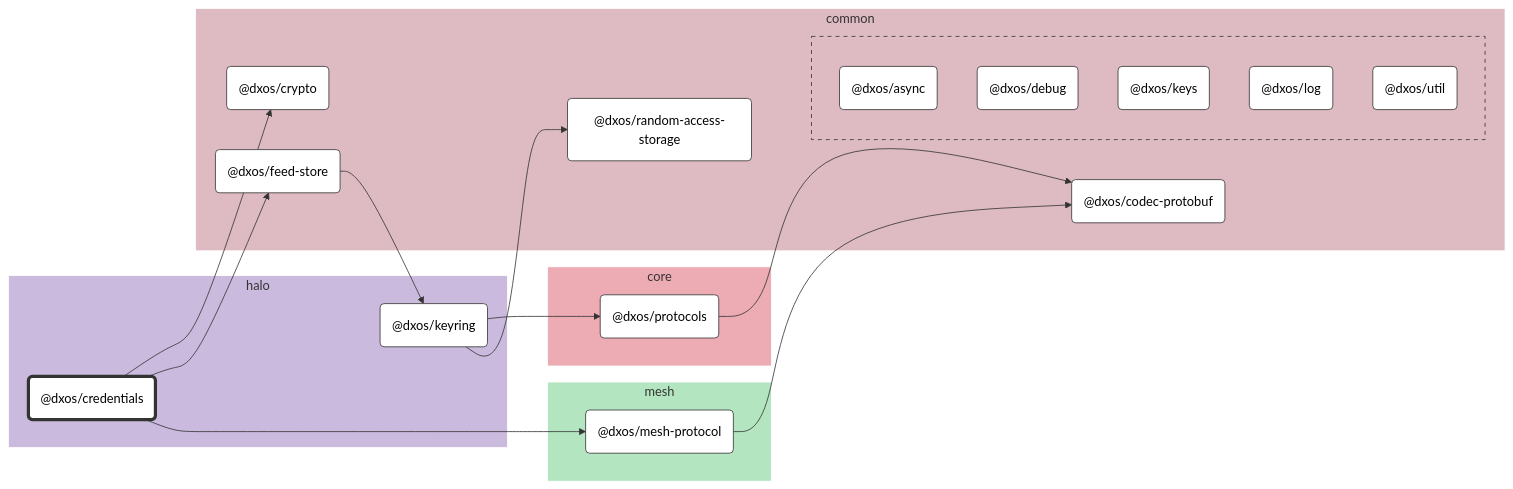
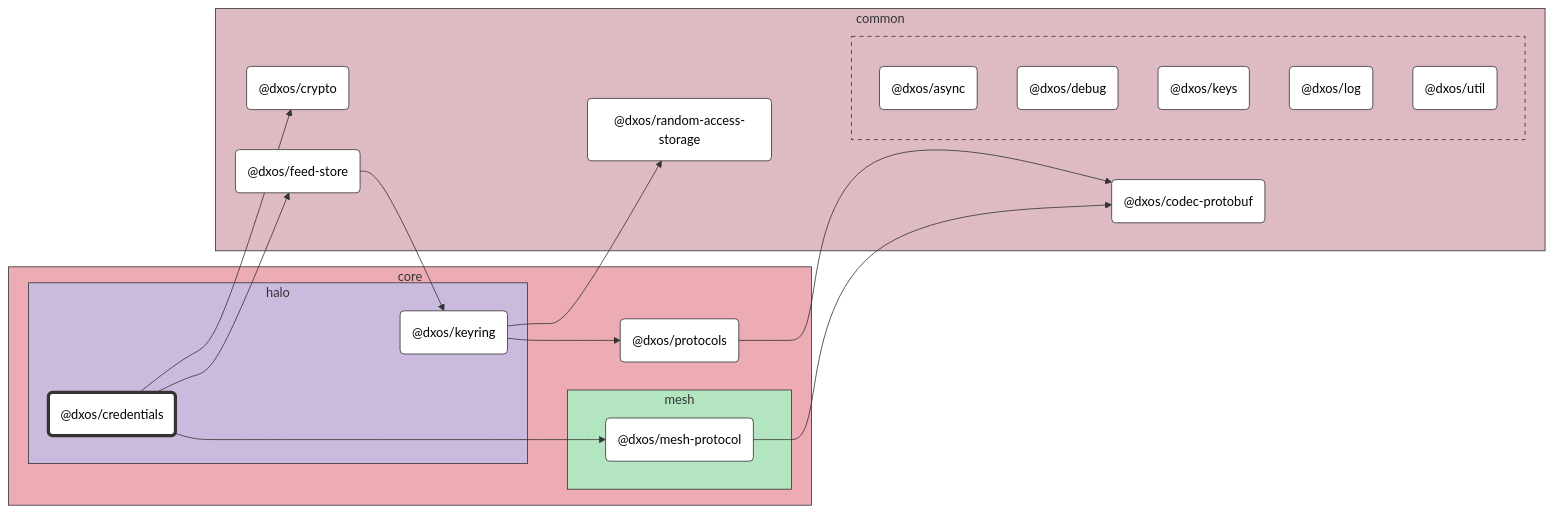
One commit to dxos/dxos changed the diagram in packages/core/halo/credentials/docs/README.md. Above: the diagram before and after it, drawn with Mermaid (neutral theme). The commit also changed 89 other files, not shown here.

````diff
--- a/packages/core/halo/credentials/docs/README.md
+++ b/packages/core/halo/credentials/docs/README.md
@@ -7,68 +7,68 @@
 ```mermaid
 %%{ init: {'flowchart':{'curve':'basis'}} }%%
 
 flowchart LR
 
 %% Classes
 classDef def fill:#fff,stroke:#333,stroke-width:1px
 classDef root fill:#fff,stroke:#333,stroke-width:4px
 
 %% Nodes
 
-subgraph halo [halo]
-  style halo fill:#cabade,stroke:#fff
-  dxos/credentials("@dxos/credentials"):::root
-  click dxos/credentials "dxos/dxos/tree/main/packages/core/halo/credentials/docs"
-  dxos/keyring("@dxos/keyring"):::def
-  click dxos/keyring "dxos/dxos/tree/main/packages/core/halo/keyring/docs"
+subgraph core [core]
+  style core fill:#edabb3,stroke:#333
+  dxos/protocols("@dxos/protocols"):::def
+  click dxos/protocols "dxos/dxos/tree/main/packages/core/protocols/docs"
+
+  subgraph halo [halo]
+    style halo fill:#cabade,stroke:#333
+    dxos/credentials("@dxos/credentials"):::root
+    click dxos/credentials "dxos/dxos/tree/main/packages/core/halo/credentials/docs"
+    dxos/keyring("@dxos/keyring"):::def
+    click dxos/keyring "dxos/dxos/tree/main/packages/core/halo/keyring/docs"
+  end
+
+  subgraph mesh [mesh]
+    style mesh fill:#b3e6c0,stroke:#333
+    dxos/mesh-protocol("@dxos/mesh-protocol"):::def
+    click dxos/mesh-protocol "dxos/dxos/tree/main/packages/core/mesh/mesh-protocol/docs"
+  end
 end
 
 subgraph common [common]
-  style common fill:#debac2,stroke:#fff
+  style common fill:#debac2,stroke:#333
   dxos/codec-protobuf("@dxos/codec-protobuf"):::def
   click dxos/codec-protobuf "dxos/dxos/tree/main/packages/common/codec-protobuf/docs"
   dxos/crypto("@dxos/crypto"):::def
   click dxos/crypto "dxos/dxos/tree/main/packages/common/crypto/docs"
   dxos/feed-store("@dxos/feed-store"):::def
   click dxos/feed-store "dxos/dxos/tree/main/packages/common/feed-store/docs"
   dxos/random-access-storage("@dxos/random-access-storage"):::def
   click dxos/random-access-storage "dxos/dxos/tree/main/packages/common/random-access-storage/docs"
 
-  subgraph common-excluded [ ]
-    style common-excluded fill:#debac2,stroke:#333,stroke-dasharray:5 5
+  subgraph _ [ ]
+    style _ fill:#debac2,stroke:#333,stroke-dasharray:5 5
     dxos/async("@dxos/async"):::def
     click dxos/async "dxos/dxos/tree/main/packages/common/async/docs"
     dxos/debug("@dxos/debug"):::def
     click dxos/debug "dxos/dxos/tree/main/packages/common/debug/docs"
     dxos/keys("@dxos/keys"):::def
     click dxos/keys "dxos/dxos/tree/main/packages/common/keys/docs"
     dxos/log("@dxos/log"):::def
     click dxos/log "dxos/dxos/tree/main/packages/common/log/docs"
     dxos/util("@dxos/util"):::def
     click dxos/util "dxos/dxos/tree/main/packages/common/util/docs"
   end
 end
 
-subgraph core [core]
-  style core fill:#edabb3,stroke:#fff
-  dxos/protocols("@dxos/protocols"):::def
-  click dxos/protocols "dxos/dxos/tree/main/packages/core/protocols/docs"
-end
-
-subgraph mesh [mesh]
-  style mesh fill:#b3e6c0,stroke:#fff
-  dxos/mesh-protocol("@dxos/mesh-protocol"):::def
-  click dxos/mesh-protocol "dxos/dxos/tree/main/packages/core/mesh/mesh-protocol/docs"
-end
-
 %% Links
 linkStyle default stroke:#333,stroke-width:1px
 dxos/credentials --> dxos/crypto
 dxos/credentials --> dxos/feed-store
 dxos/feed-store --> dxos/keyring
 dxos/keyring --> dxos/protocols
 dxos/protocols --> dxos/codec-protobuf
 dxos/keyring --> dxos/random-access-storage
 dxos/credentials --> dxos/mesh-protocol
 dxos/mesh-protocol --> dxos/codec-protobuf
 ```
````
